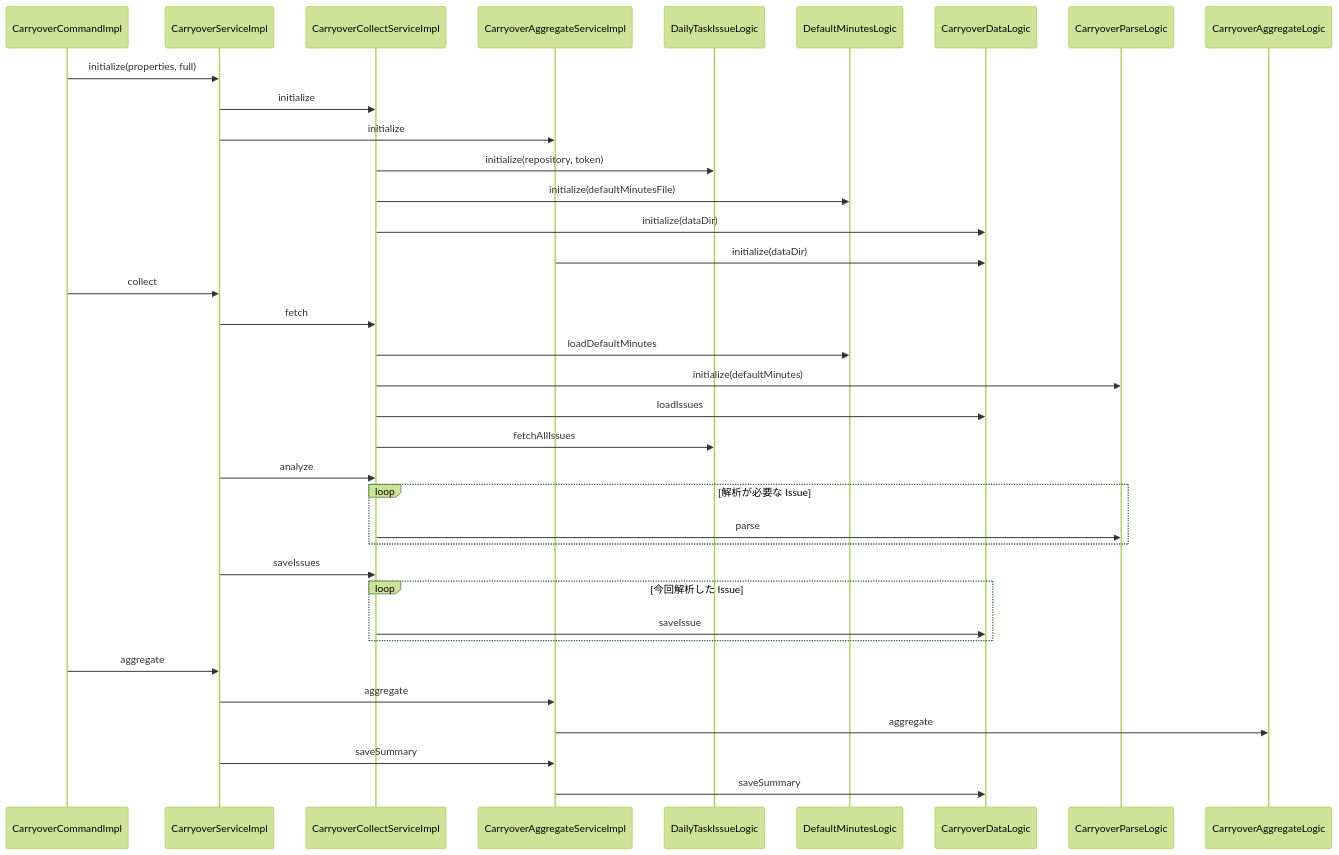
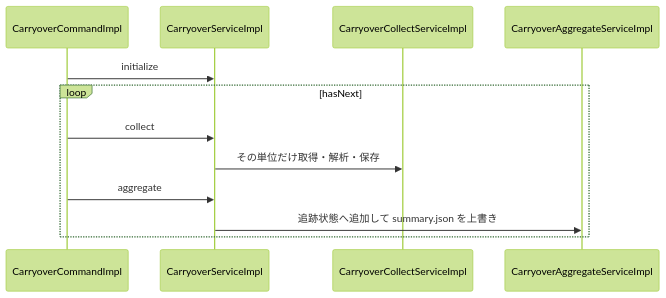
One commit to KenichiroArai/kb002_daily-tasks_doc changed the first of 3 diagrams in docs/design/backend/03-processing.md. Above: the diagram before and after it, drawn with Mermaid (forest theme). The commit also changed other lines of this file and 2 other files, not shown here.

First line of the commit message:
#2 収集と集計を batchSize ごとの単位にし、単位のたびに summary.json を上書きする設計へ直す

````diff
--- a/docs/design/backend/03-processing.md
+++ b/docs/design/backend/03-processing.md
@@ -23,39 +46,14 @@
 ```mermaid
 sequenceDiagram
   participant Command as CarryoverCommandImpl
   participant Service as CarryoverServiceImpl
   participant Collect as CarryoverCollectServiceImpl
   participant Aggregate as CarryoverAggregateServiceImpl
-  participant Issue as DailyTaskIssueLogic
-  participant Minutes as DefaultMinutesLogic
-  participant Data as CarryoverDataLogic
-  participant Parse as CarryoverParseLogic
-  participant AggregateLogic as CarryoverAggregateLogic
-
-  Command->>Service: initialize(properties, full)
-  Service->>Collect: initialize
-  Service->>Aggregate: initialize
-  Collect->>Issue: initialize(repository, token)
-  Collect->>Minutes: initialize(defaultMinutesFile)
-  Collect->>Data: initialize(dataDir)
-  Aggregate->>Data: initialize(dataDir)
-  Command->>Service: collect
-  Service->>Collect: fetch
-  Collect->>Minutes: loadDefaultMinutes
-  Collect->>Parse: initialize(defaultMinutes)
-  Collect->>Data: loadIssues
-  Collect->>Issue: fetchAllIssues
-  Service->>Collect: analyze
-  loop 解析が必要な Issue
-    Collect->>Parse: parse
+  Command->>Service: initialize
+  loop hasNext
+    Command->>Service: collect
+    Service->>Collect: その単位だけ取得・解析・保存
+    Command->>Service: aggregate
+    Service->>Aggregate: 追跡状態へ追加して summary.json を上書き
   end
-  Service->>Collect: saveIssues
-  loop 今回解析した Issue
-    Collect->>Data: saveIssue
-  end
-  Command->>Service: aggregate
-  Service->>Aggregate: aggregate
-  Aggregate->>AggregateLogic: aggregate
-  Service->>Aggregate: saveSummary
-  Aggregate->>Data: saveSummary
 ```
````
